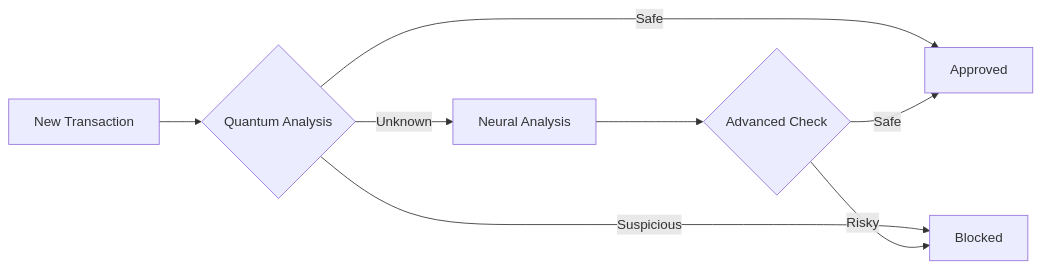
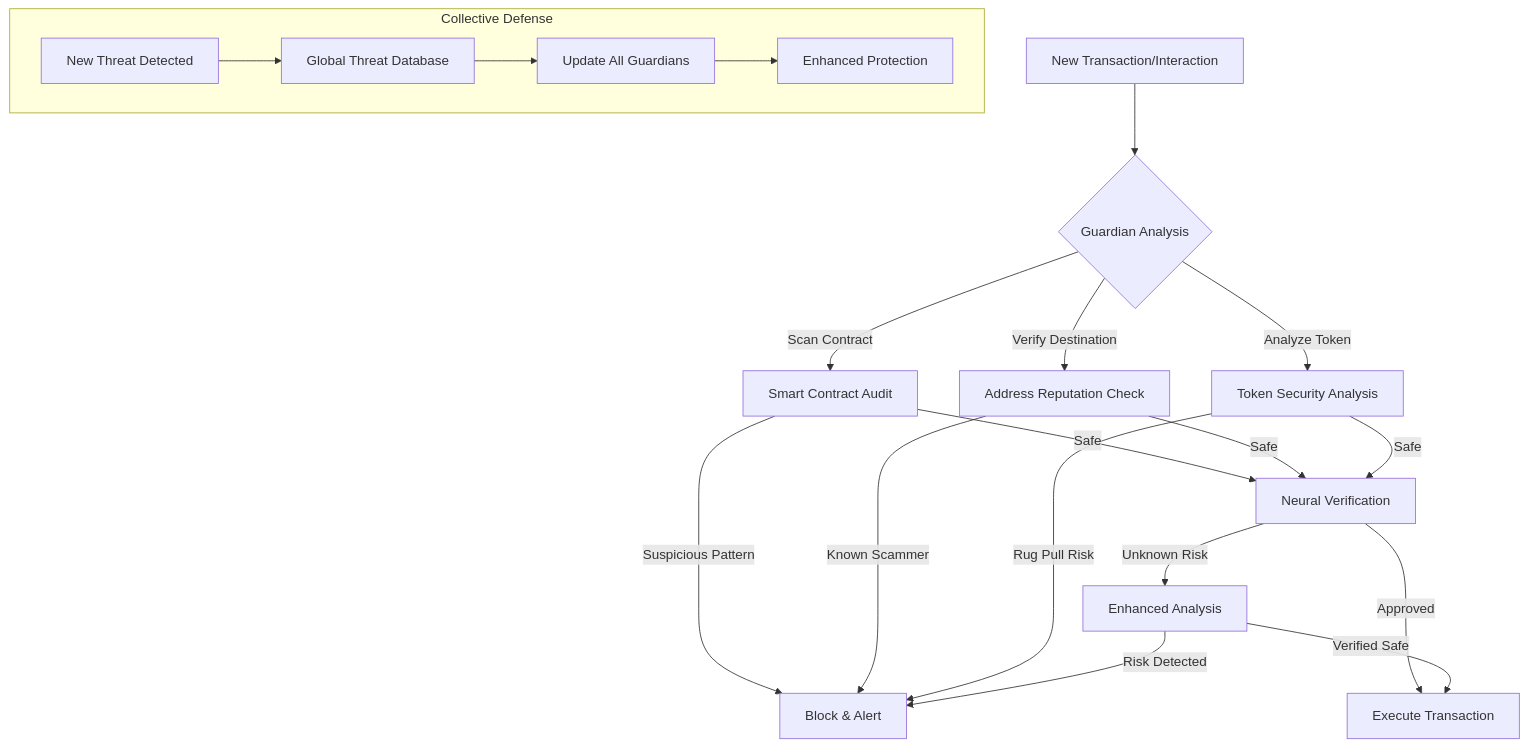
Before and after one commit to JermWang/QUANTANIUM: the first of 4 diagrams in README.md, drawn with Mermaid. The commit also changed other lines of this file, not shown here.

````diff
--- a/README.md
+++ b/README.md
@@ -85,10 +83,27 @@
    ```mermaid
-   graph LR
-       A[New Transaction] --> B{Quantum Analysis}
-       B -->|Safe| C[Approved]
-       B -->|Suspicious| D[Blocked]
-       B -->|Unknown| E[Neural Analysis]
-       E --> F{Advanced Check}
-       F -->|Safe| C
-       F -->|Risky| D
+   graph TD
+       A[New Transaction/Interaction] --> B{Guardian Analysis}
+       B -->|Scan Contract| C[Smart Contract Audit]
+       B -->|Verify Destination| D[Address Reputation Check]
+       B -->|Analyze Token| E[Token Security Analysis]
+       
+       C -->|Suspicious Pattern| F[Block & Alert]
+       D -->|Known Scammer| F
+       E -->|Rug Pull Risk| F
+       
+       C -->|Safe| G[Neural Verification]
+       D -->|Safe| G
+       E -->|Safe| G
+       
+       G -->|Approved| H[Execute Transaction]
+       G -->|Unknown Risk| I[Enhanced Analysis]
+       
+       I -->|Risk Detected| F
+       I -->|Verified Safe| H
+       
+       subgraph "Collective Defense"
+           J[New Threat Detected] --> K[Global Threat Database]
+           K --> L[Update All Guardians]
+           L --> M[Enhanced Protection]
+       end
    ```
````
